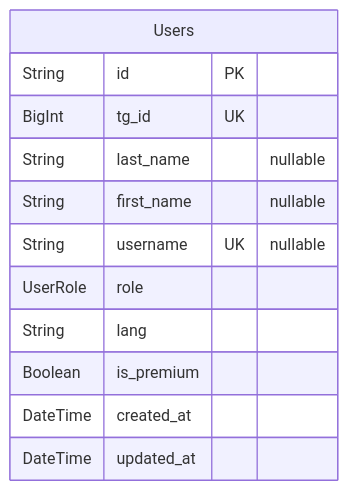
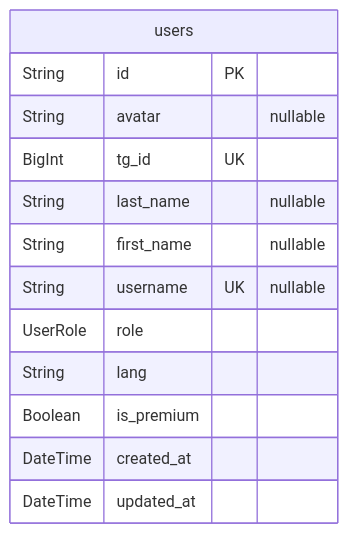
One commit to NeatDeveloper/Thodle changed the second of 3 diagrams in packages/db/prisma/DatabaseSchema.md. Above: the diagram before and after it, drawn with Mermaid. The commit also changed other lines of this file and 93 other files, not shown here.

````diff
--- a/packages/db/prisma/DatabaseSchema.md
+++ b/packages/db/prisma/DatabaseSchema.md
@@ -168,15 +168,16 @@
 ```mermaid
 erDiagram
-"Users" {
+"users" {
   String id PK
+  String avatar "nullable"
   BigInt tg_id UK
   String last_name "nullable"
   String first_name "nullable"
   String username UK "nullable"
   UserRole role
   String lang
   Boolean is_premium
   DateTime created_at
   DateTime updated_at
 }
 ```
````
